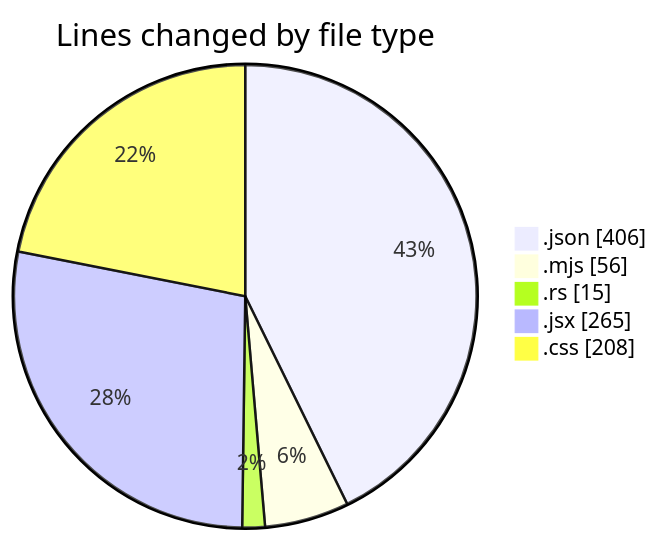
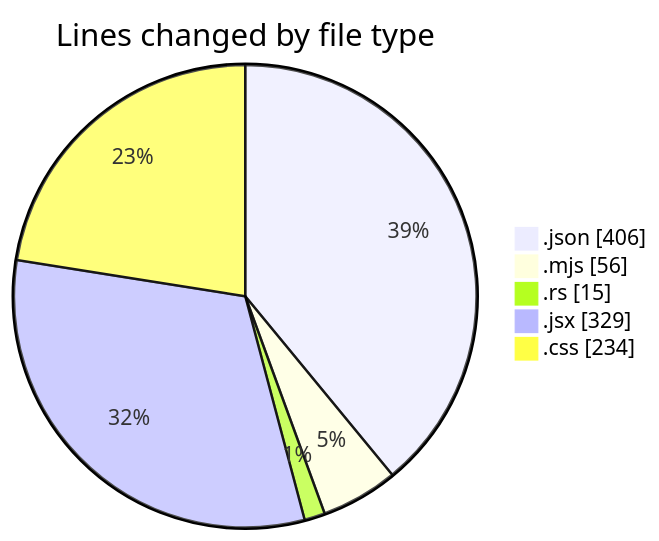
The first of 2 diagrams in 2025-01-28/trollerboard/README.md (charlie-sans/code-tracking), drawn with Mermaid before and after one commit. The commit also changed other lines of this file and 1 other file, not shown here.

````diff
--- a/2025-01-28/trollerboard/README.md
+++ b/2025-01-28/trollerboard/README.md
@@ -25,9 +25,9 @@
 ```mermaid
 pie showData
 title Lines changed by file type
 ".json" : 406
 ".mjs" : 56
 ".rs" : 15
-".jsx" : 265
-".css" : 208
+".jsx" : 329
+".css" : 234
 ```
````
